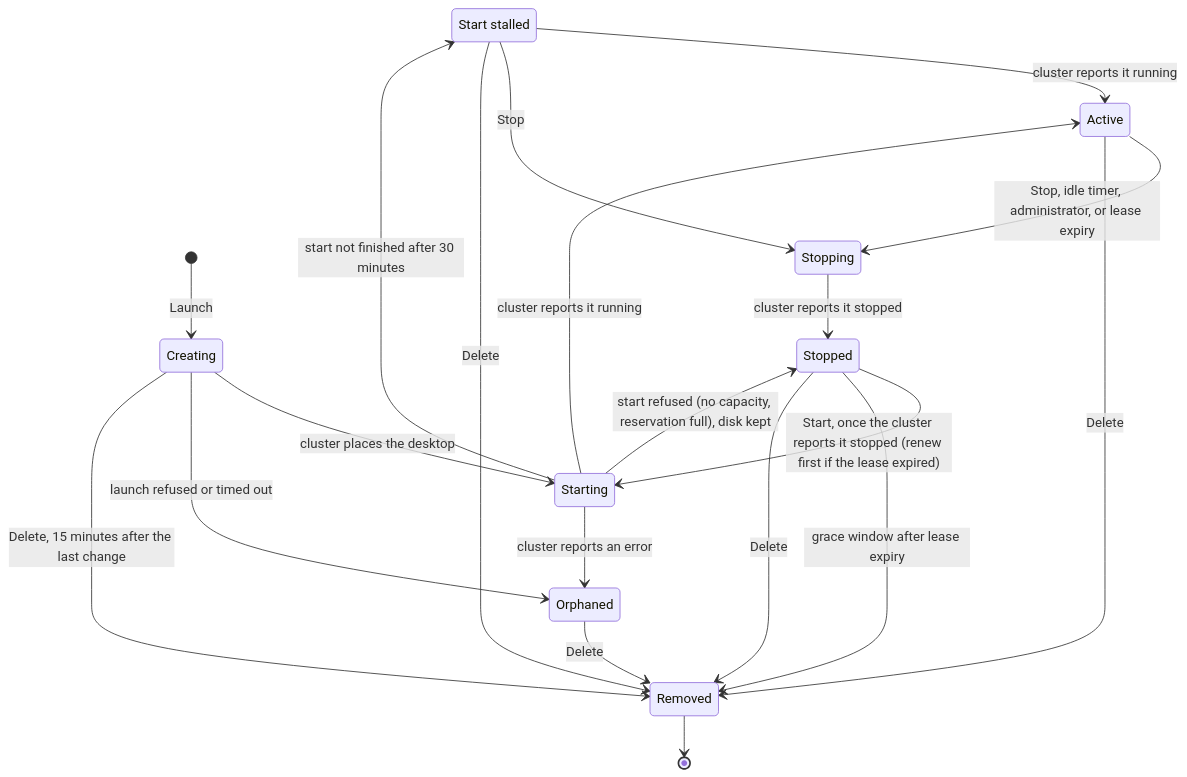
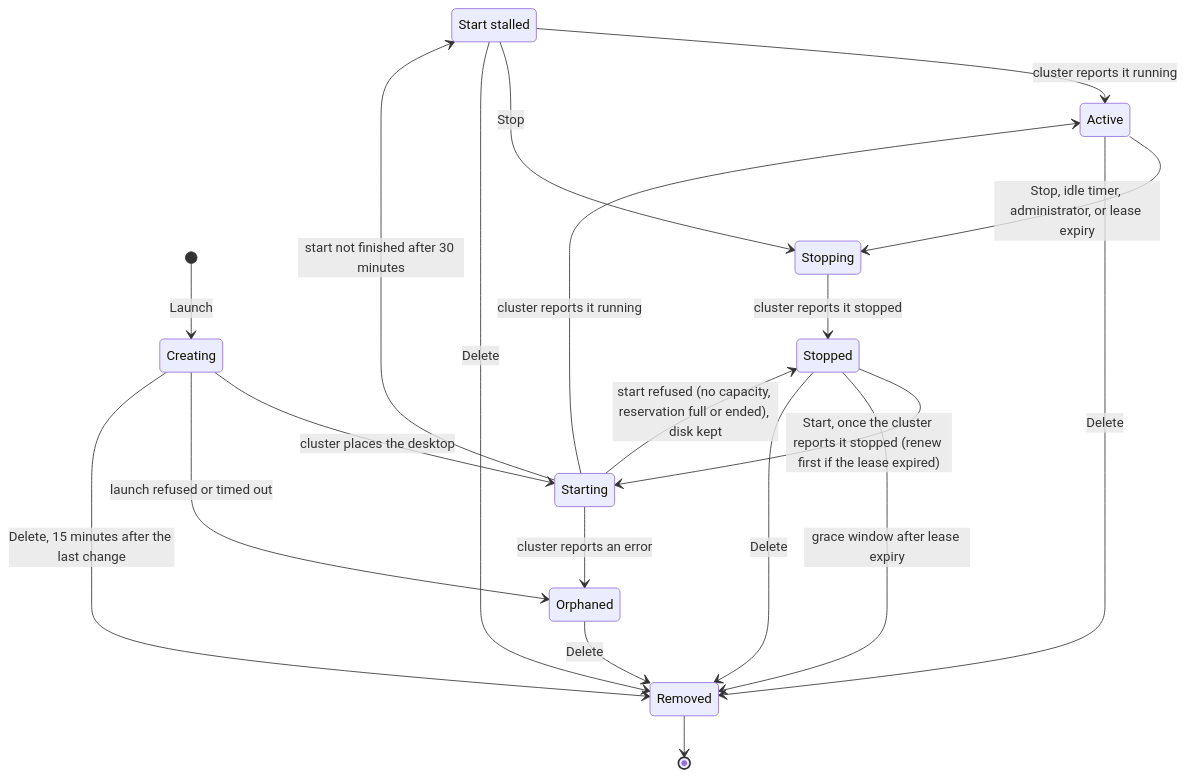
One commit to awslabs/visual-asset-management-system changed the diagram in documentation/docusaurus-site/docs/developer/edh-workstations/user-guide.md. Above: the diagram before and after it, drawn with Mermaid. The commit also changed other lines of this file and 61 other files, not shown here.

First line of the commit message:
fix(edh): capacity reservation fixes for ended reservations, EDH subnets and view-only grants (#536)

````diff
--- a/documentation/docusaurus-site/docs/developer/edh-workstations/user-guide.md
+++ b/documentation/docusaurus-site/docs/developer/edh-workstations/user-guide.md
@@ -92,23 +92,23 @@
 ```mermaid
 stateDiagram-v2
     state "Start stalled" as StartStalled
     [*] --> Creating: Launch
     Creating --> Starting: cluster places the desktop
     Starting --> Active: cluster reports it running
     Creating --> Orphaned: launch refused or timed out
     Starting --> Orphaned: cluster reports an error
     Active --> Stopping: Stop, idle timer, administrator, or lease expiry
     Stopping --> Stopped: cluster reports it stopped
     Stopped --> Starting: Start, once the cluster reports it stopped (renew first if the lease expired)
-    Starting --> Stopped: start refused (no capacity, reservation full), disk kept
+    Starting --> Stopped: start refused (no capacity, reservation full or ended), disk kept
     Starting --> StartStalled: start not finished after 30 minutes
     StartStalled --> Active: cluster reports it running
     StartStalled --> Stopping: Stop
     StartStalled --> Removed: Delete
     Stopped --> Removed: grace window after lease expiry
     Active --> Removed: Delete
     Stopped --> Removed: Delete
     Orphaned --> Removed: Delete
     Creating --> Removed: Delete, 15 minutes after the last change
     Removed --> [*]
 ```
````
